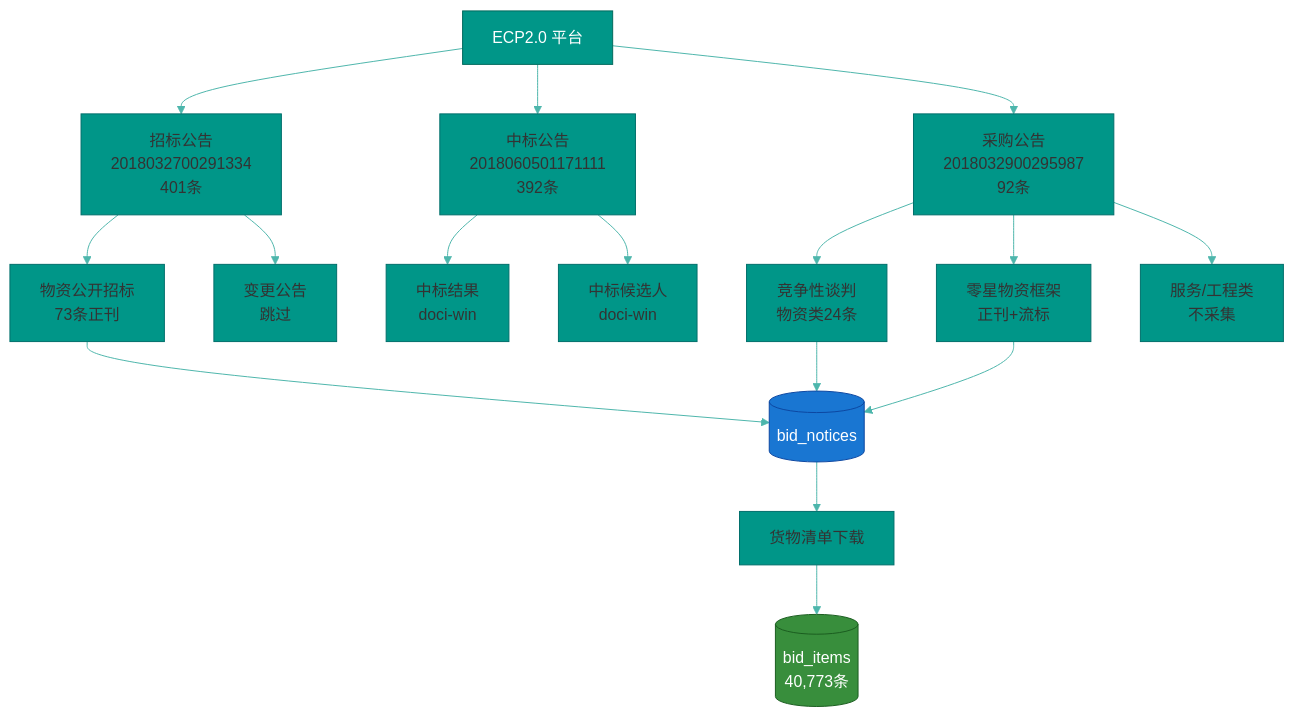
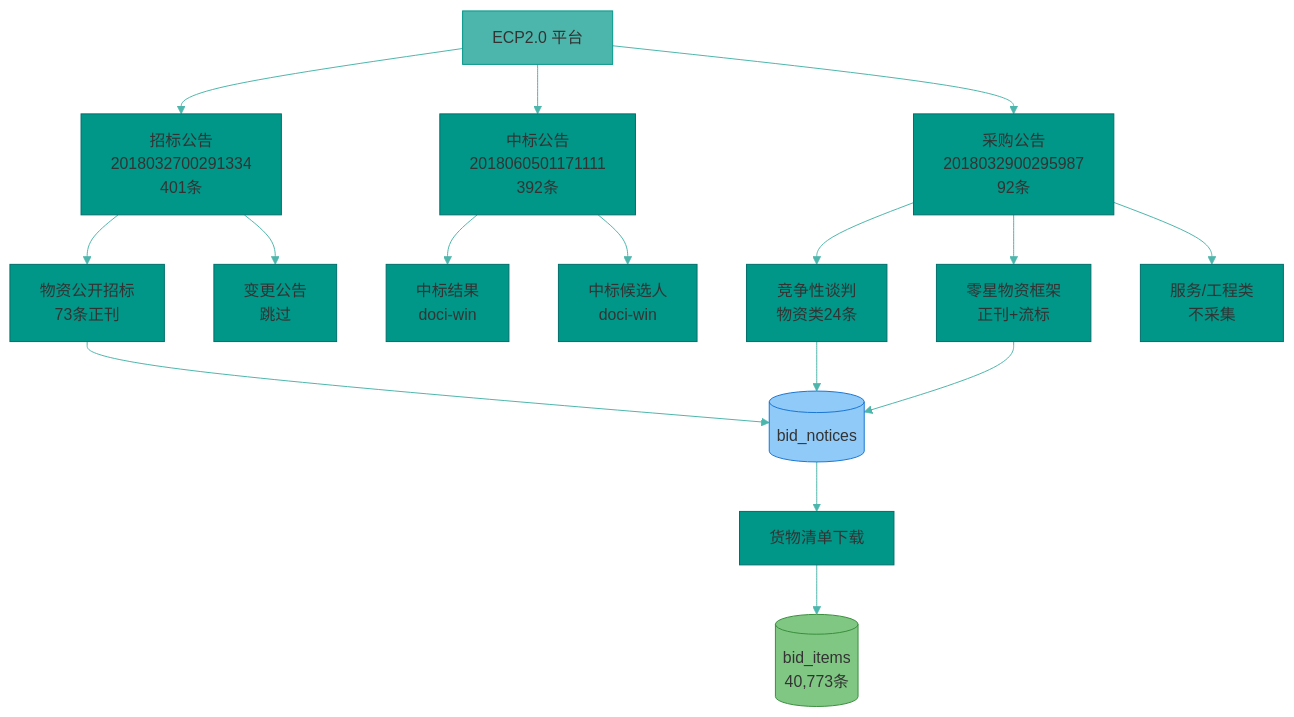
One commit to lilacseeking/bidding-ecp-data changed the first of 6 diagrams in README.md. Above: the diagram before and after it, drawn with Mermaid. The commit also changed other lines of this file, not shown here.

````diff
--- a/README.md
+++ b/README.md
@@ -58,28 +58,28 @@
 ```mermaid
 %%{init: {'theme': 'base', 'themeVariables': { 'primaryColor': '#009688', 'primaryBorderColor': '#006f6b', 'lineColor': '#4db6ac', 'secondaryColor': '#e0f2f1', 'tertiaryColor': '#f5f5f5'}}}%%
 graph TB
     A[ECP2.0 平台] --> B[招标公告<br/>2018032700291334<br/>401条]
     A --> C[中标公告<br/>2018060501171111<br/>392条]
     A --> D[采购公告<br/>2018032900295987<br/>92条]
 
     B --> B1[物资公开招标<br/>73条正刊]
     B --> B2[变更公告<br/>跳过]
 
     C --> C1[中标结果<br/>doci-win]
     C --> C2[中标候选人<br/>doci-win]
 
     D --> D1[竞争性谈判<br/>物资类24条]
     D --> D2[零星物资框架<br/>正刊+流标]
     D --> D3[服务/工程类<br/>不采集]
 
     B1 --> E[(bid_notices)]
     D1 --> E
     D2 --> E
 
     E --> F[货物清单下载]
     F --> G[(bid_items<br/>40,773条)]
 
-    style A fill:#009688,color:#fff,stroke:#00695C
-    style E fill:#1976D2,color:#fff,stroke:#0D47A1
-    style G fill:#388E3C,color:#fff,stroke:#1B5E20
+    style A fill:#4DB6AC,stroke:#009688
+    style E fill:#90CAF9,stroke:#1976D2
+    style G fill:#81C784,stroke:#388E3C
 ```
````
